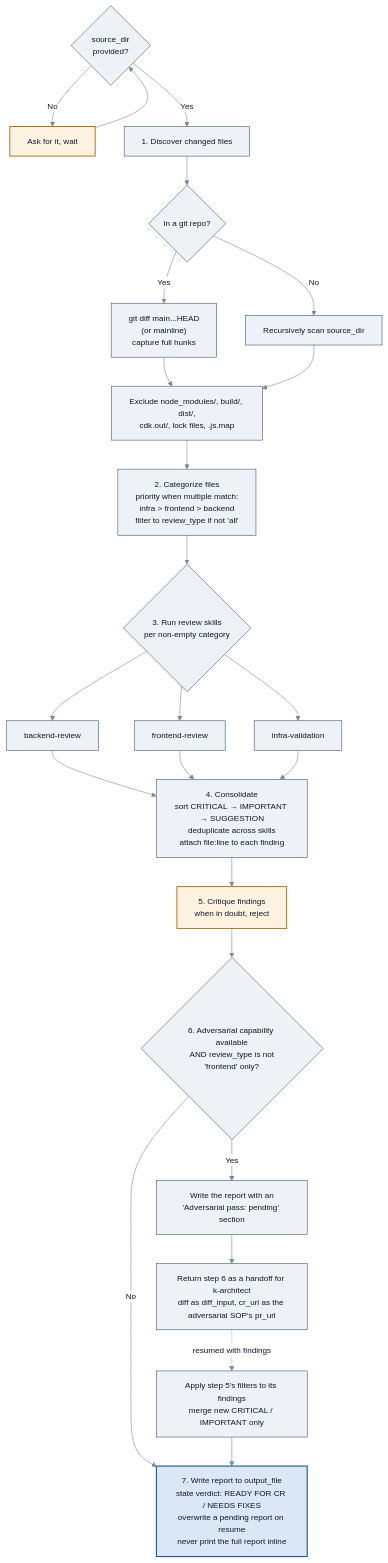
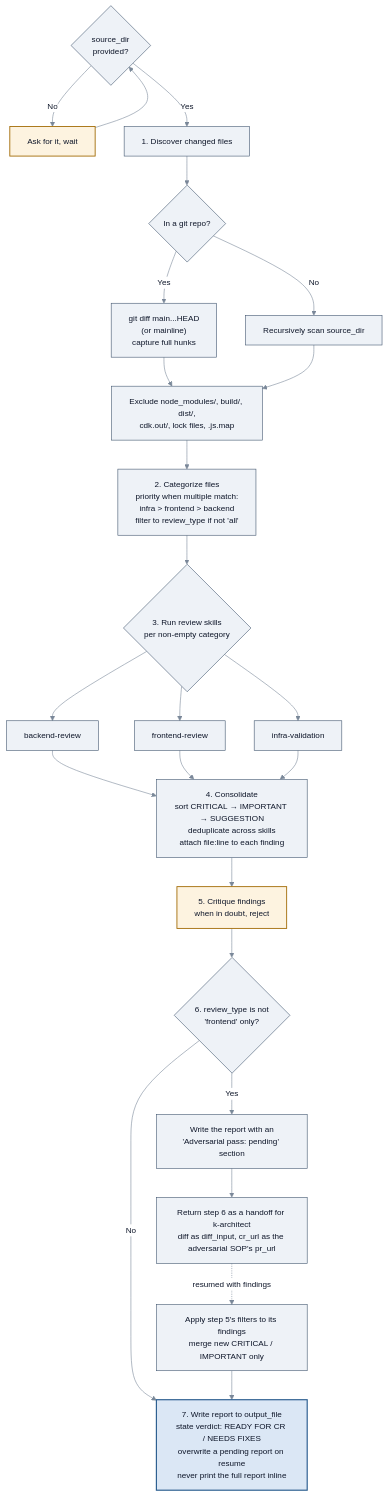
One commit to aws-solutions/konductor changed the first of 4 diagrams in docs/user-guide/sop-workflows/code-review.md. Above: the diagram before and after it, drawn with Mermaid. The commit also changed other lines of this file and 7 other files, not shown here.

First line of the commit message:
fix(guide): step 6 diagram guard, doubled subjects, colon in bundle edit, test placement

````diff
--- a/docs/user-guide/sop-workflows/code-review.md
+++ b/docs/user-guide/sop-workflows/code-review.md
@@ -55,43 +55,43 @@
 ```mermaid
 %%{init:{'theme':'base','themeVariables':{'fontSize':'14px','primaryColor':'#eef2f7','primaryTextColor':'#0f172a','primaryBorderColor':'#40556e','lineColor':'#7a8899','textColor':'#0f172a','edgeLabelBackground':'#ffffff','clusterBkg':'#fafbfc','clusterBorder':'#c9d2dc'}}}%%
 flowchart TD
     P{"source_dir<br/>provided?"} -->|No| Ask["Ask for it, wait"]
     Ask --> P
     P -->|Yes| S1
 
     S1["1. Discover changed files"]
     S1 --> Git{"In a git repo?"}
     Git -->|Yes| GD["git diff main...HEAD<br/>(or mainline)<br/>capture full hunks"]
     Git -->|No| Scan["Recursively scan source_dir"]
     GD --> Ex
     Scan --> Ex["Exclude node_modules/, build/, dist/,<br/>cdk.out/, lock files, .js.map"]
 
     Ex --> S2["2. Categorize files<br/>priority when multiple match:<br/>infra > frontend > backend<br/>filter to review_type if not 'all'"]
 
     S2 --> S3{"3. Run review skills<br/>per non-empty category"}
     S3 --> RB["backend-review"]
     S3 --> RF["frontend-review"]
     S3 --> RI["infra-validation"]
 
     RB --> S4
     RF --> S4
     RI --> S4
 
     S4["4. Consolidate<br/>sort CRITICAL → IMPORTANT → SUGGESTION<br/>deduplicate across skills<br/>attach file:line to each finding"]
     S4 --> S5["5. Critique findings<br/>when in doubt, reject"]
 
-    S5 --> S6{"6. Adversarial capability available<br/>AND review_type is not<br/>'frontend' only?"}
+    S5 --> S6{"6. review_type is not<br/>'frontend' only?"}
     S6 -->|No| S7
     S6 -->|Yes| Pending["Write the report with an<br/>'Adversarial pass: pending' section"]
     Pending --> Hand["Return step 6 as a handoff for k-architect<br/>diff as diff_input, cr_url as the adversarial SOP's pr_url"]
     Hand -.->|"resumed with findings"| Merge["Apply step 5's filters to its findings<br/>merge new CRITICAL / IMPORTANT only"]
     Merge --> S7
 
     S7["7. Write report to output_file<br/>state verdict: READY FOR CR / NEEDS FIXES<br/>overwrite a pending report on resume<br/>never print the full report inline"]
 
     class Ask,S5 gate
     class S7 focus
 
     classDef gate fill:#fdf3e0,stroke:#a06800,stroke-width:1.5px,color:#0f172a;
     classDef focus fill:#dbe7f5,stroke:#2a5d8f,stroke-width:2px,color:#0f172a;
 ```
````
